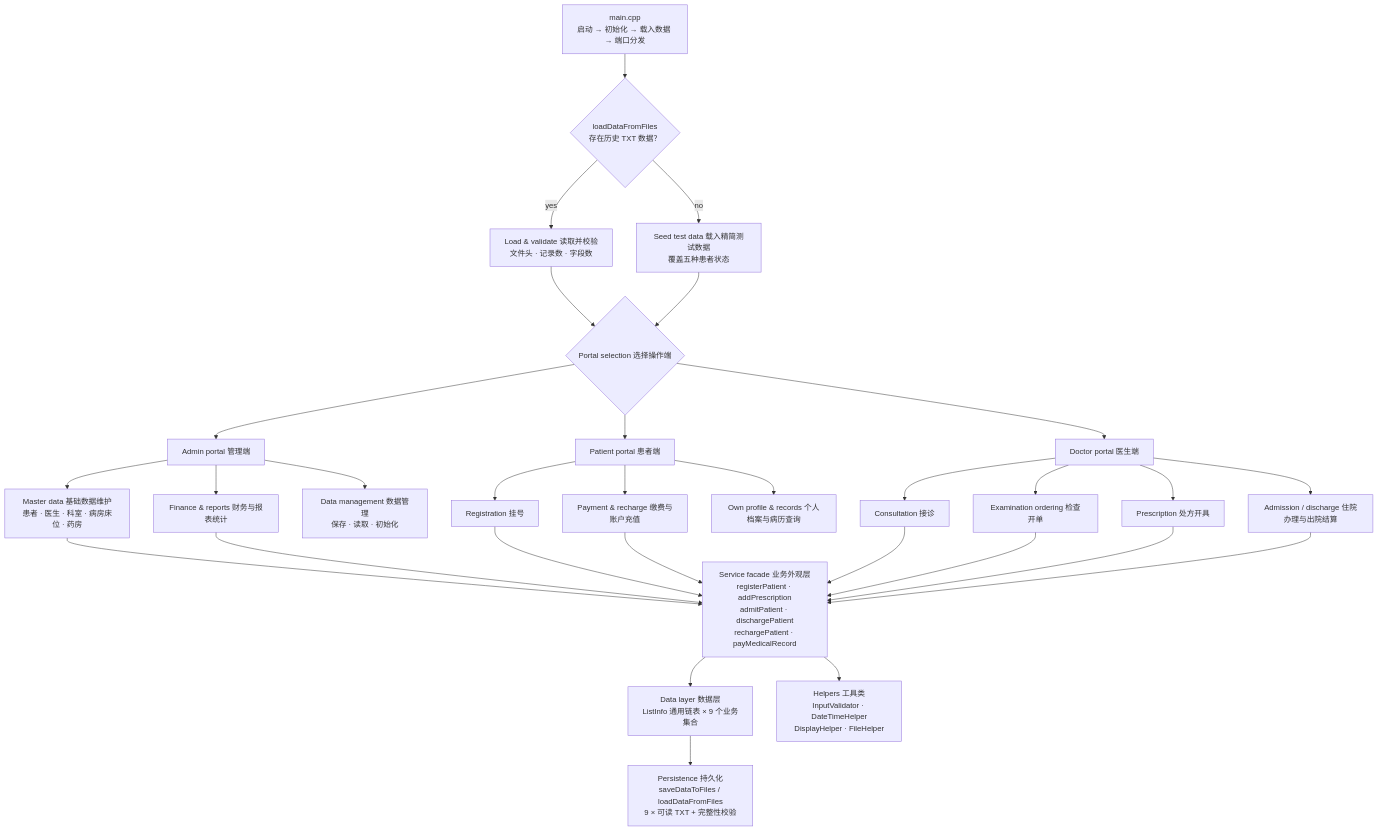
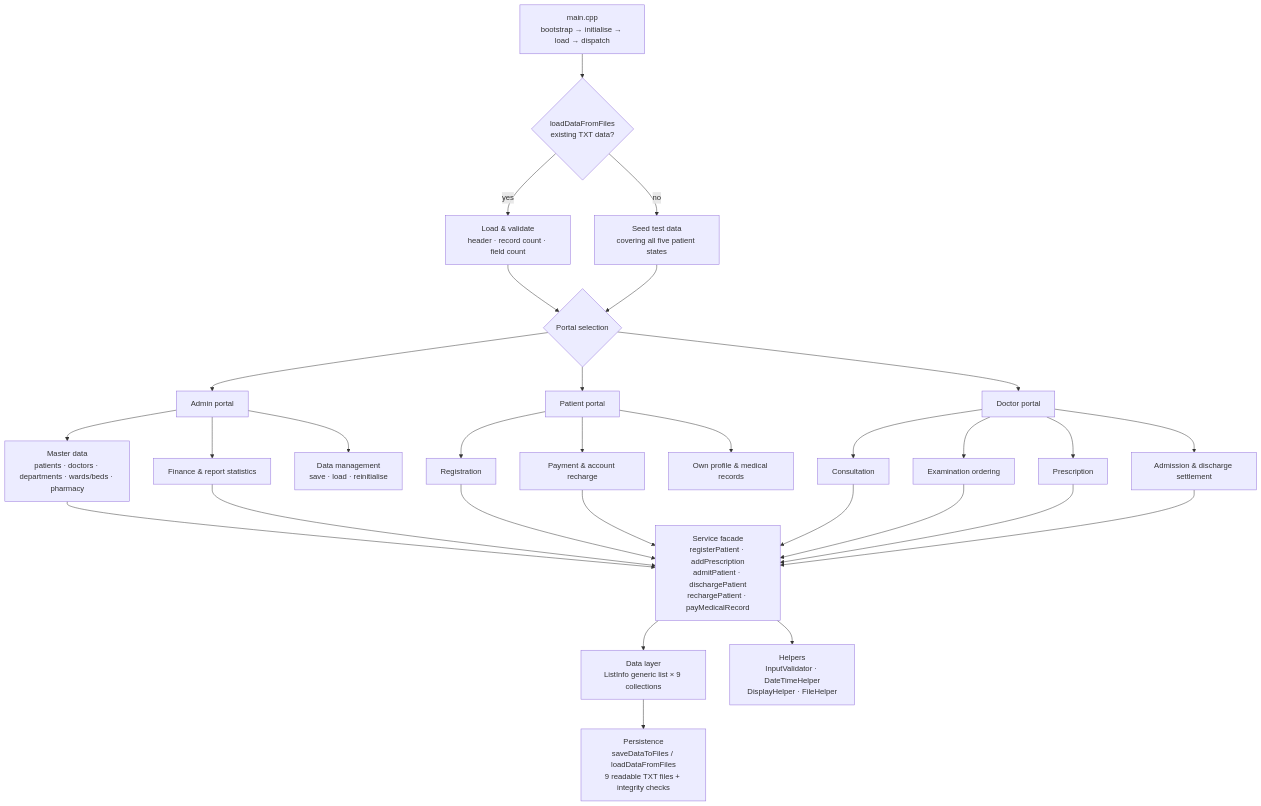
One commit to Hanwen-Tao/project-portfolio changed the first of 4 diagrams in docs/05-hospital-information-system.md. Above: the diagram before and after it, drawn with Mermaid. The commit also changed other lines of this file and 11 other files, not shown here.

````diff
--- a/docs/05-hospital-information-system.md
+++ b/docs/05-hospital-information-system.md
@@ -50,29 +51,29 @@
 ```mermaid
 flowchart TD
-    M["main.cpp<br/>启动 → 初始化 → 载入数据 → 端口分发"] --> L{"loadDataFromFiles<br/>存在历史 TXT 数据？"}
-    L -->|yes| P["Load & validate 读取并校验<br/>文件头 · 记录数 · 字段数"]
-    L -->|no| S["Seed test data 载入精简测试数据<br/>覆盖五种患者状态"]
-    P --> R{"Portal selection 选择操作端"}
+    M["main.cpp<br/>bootstrap → initialise → load → dispatch"] --> L{"loadDataFromFiles<br/>existing TXT data?"}
+    L -->|yes| P["Load & validate<br/>header · record count · field count"]
+    L -->|no| S["Seed test data<br/>covering all five patient states"]
+    P --> R{"Portal selection"}
     S --> R
 
-    R --> A["Admin portal 管理端"]
-    R --> B["Patient portal 患者端"]
-    R --> C["Doctor portal 医生端"]
+    R --> A["Admin portal"]
+    R --> B["Patient portal"]
+    R --> C["Doctor portal"]
 
-    A --> A1["Master data 基础数据维护<br/>患者 · 医生 · 科室 · 病房床位 · 药房"]
-    A --> A2["Finance & reports 财务与报表统计"]
-    A --> A3["Data management 数据管理<br/>保存 · 读取 · 初始化"]
-    B --> B1["Registration 挂号"]
-    B --> B2["Payment & recharge 缴费与账户充值"]
-    B --> B3["Own profile & records 个人档案与病历查询"]
-    C --> C1["Consultation 接诊"]
-    C --> C2["Examination ordering 检查开单"]
-    C --> C3["Prescription 处方开具"]
-    C --> C4["Admission / discharge 住院办理与出院结算"]
+    A --> A1["Master data<br/>patients · doctors · departments · wards/beds · pharmacy"]
+    A --> A2["Finance & report statistics"]
+    A --> A3["Data management<br/>save · load · reinitialise"]
+    B --> B1["Registration"]
+    B --> B2["Payment & account recharge"]
+    B --> B3["Own profile & medical records"]
+    C --> C1["Consultation"]
+    C --> C2["Examination ordering"]
+    C --> C3["Prescription"]
+    C --> C4["Admission & discharge settlement"]
 
-    A1 & A2 & B1 & B2 & C1 & C2 & C3 & C4 --> F["Service facade 业务外观层<br/>registerPatient · addPrescription<br/>admitPatient · dischargePatient<br/>rechargePatient · payMedicalRecord"]
+    A1 & A2 & B1 & B2 & C1 & C2 & C3 & C4 --> F["Service facade<br/>registerPatient · addPrescription<br/>admitPatient · dischargePatient<br/>rechargePatient · payMedicalRecord"]
 
-    F --> D["Data layer 数据层<br/>ListInfo 通用链表 × 9 个业务集合"]
-    F --> V["Helpers 工具类<br/>InputValidator · DateTimeHelper<br/>DisplayHelper · FileHelper"]
-    D --> FS["Persistence 持久化<br/>saveDataToFiles / loadDataFromFiles<br/>9 × 可读 TXT + 完整性校验"]
+    F --> D["Data layer<br/>ListInfo generic list × 9 collections"]
+    F --> V["Helpers<br/>InputValidator · DateTimeHelper<br/>DisplayHelper · FileHelper"]
+    D --> FS["Persistence<br/>saveDataToFiles / loadDataFromFiles<br/>9 readable TXT files + integrity checks"]
 ```
````
